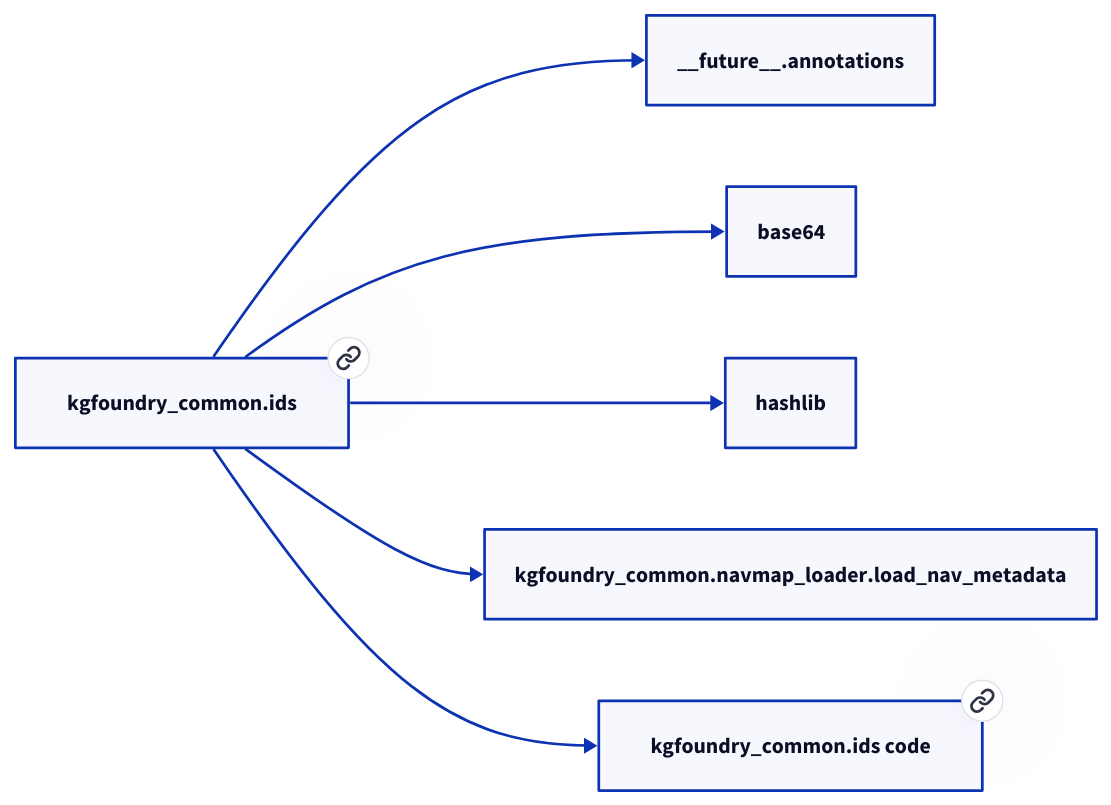
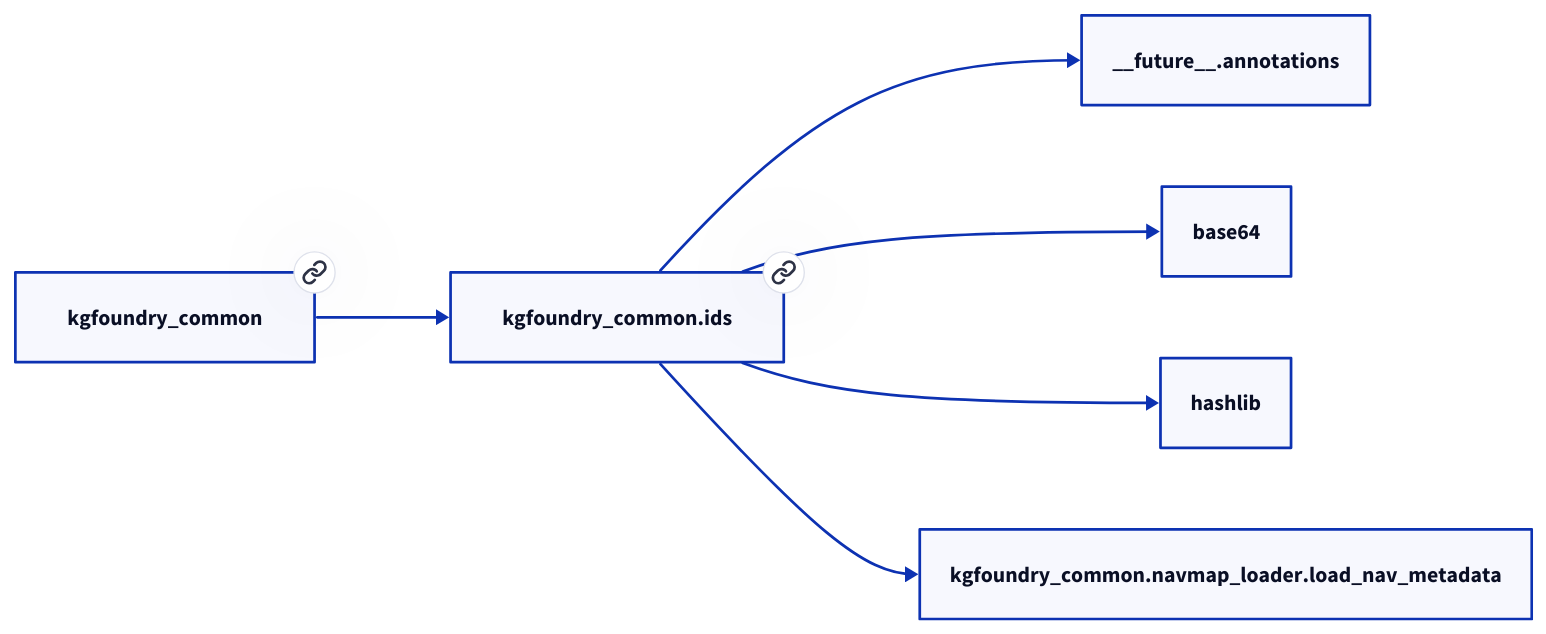
One commit to paul-heyse/kgforge changed the diagram in docs/modules/kgfoundry_common/ids.md. Above: the diagram before and after it, drawn with D2. The commit also changed other lines of this file and 208 other files, not shown here.

````diff
--- a/docs/modules/kgfoundry_common/ids.md
+++ b/docs/modules/kgfoundry_common/ids.md
@@ -32,14 +36,14 @@
 ```d2
 direction: right
-"kgfoundry_common.ids": "kgfoundry_common.ids" { link: "./kgfoundry_common/ids.md" }
+"kgfoundry_common.ids": "kgfoundry_common.ids" { link: "https://github.com/paul-heyse/kgfoundry/blob/main/src/kgfoundry_common/ids.py" }
 "__future__.annotations": "__future__.annotations"
 "kgfoundry_common.ids" -> "__future__.annotations"
 "base64": "base64"
 "kgfoundry_common.ids" -> "base64"
 "hashlib": "hashlib"
 "kgfoundry_common.ids" -> "hashlib"
 "kgfoundry_common.navmap_loader.load_nav_metadata": "kgfoundry_common.navmap_loader.load_nav_metadata"
 "kgfoundry_common.ids" -> "kgfoundry_common.navmap_loader.load_nav_metadata"
-"kgfoundry_common.ids_code": "kgfoundry_common.ids code" { link: "https://github.com/kgfoundry/kgfoundry/blob/main/src/kgfoundry_common/ids.py" }
-"kgfoundry_common.ids" -> "kgfoundry_common.ids_code" { style: dashed }
+"kgfoundry_common": "kgfoundry_common" { link: "https://github.com/paul-heyse/kgfoundry/blob/main/src/kgfoundry_common/__init__.py" }
+"kgfoundry_common" -> "kgfoundry_common.ids" { style: dashed }
 ```
````
